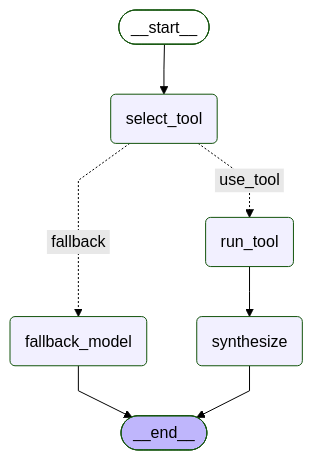
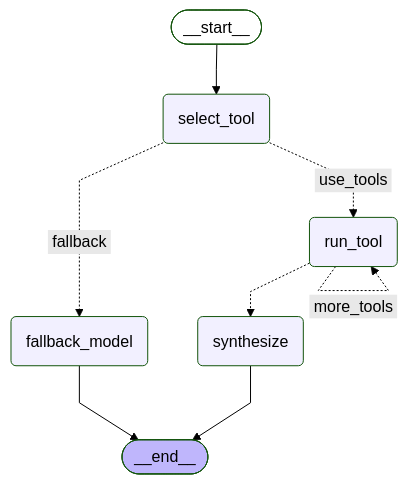
Before and after one commit to awsvkvims/agentic-ai-platform-engineering: the diagram in docs/langgraph_diagram.md, drawn with Mermaid (forest theme). The commit also changed 18 other files, not shown here.

````diff
--- a/docs/langgraph_diagram.md
+++ b/docs/langgraph_diagram.md
@@ -3,24 +3,25 @@
 ```mermaid
 ---
 config:
   flowchart:
     curve: linear
 ---
 graph TD;
 	__start__([<p>__start__</p>]):::first
 	select_tool(select_tool)
 	run_tool(run_tool)
 	synthesize(synthesize)
 	fallback_model(fallback_model)
 	__end__([<p>__end__</p>]):::last
 	__start__ --> select_tool;
-	run_tool --> synthesize;
+	run_tool -.-> synthesize;
 	select_tool -. &nbsp;fallback&nbsp; .-> fallback_model;
-	select_tool -. &nbsp;use_tool&nbsp; .-> run_tool;
+	select_tool -. &nbsp;use_tools&nbsp; .-> run_tool;
 	fallback_model --> __end__;
 	synthesize --> __end__;
+	run_tool -. &nbsp;more_tools&nbsp; .-> run_tool;
 	classDef default fill:#f2f0ff,line-height:1.2
 	classDef first fill-opacity:0
 	classDef last fill:#bfb6fc
 
 ```
````
